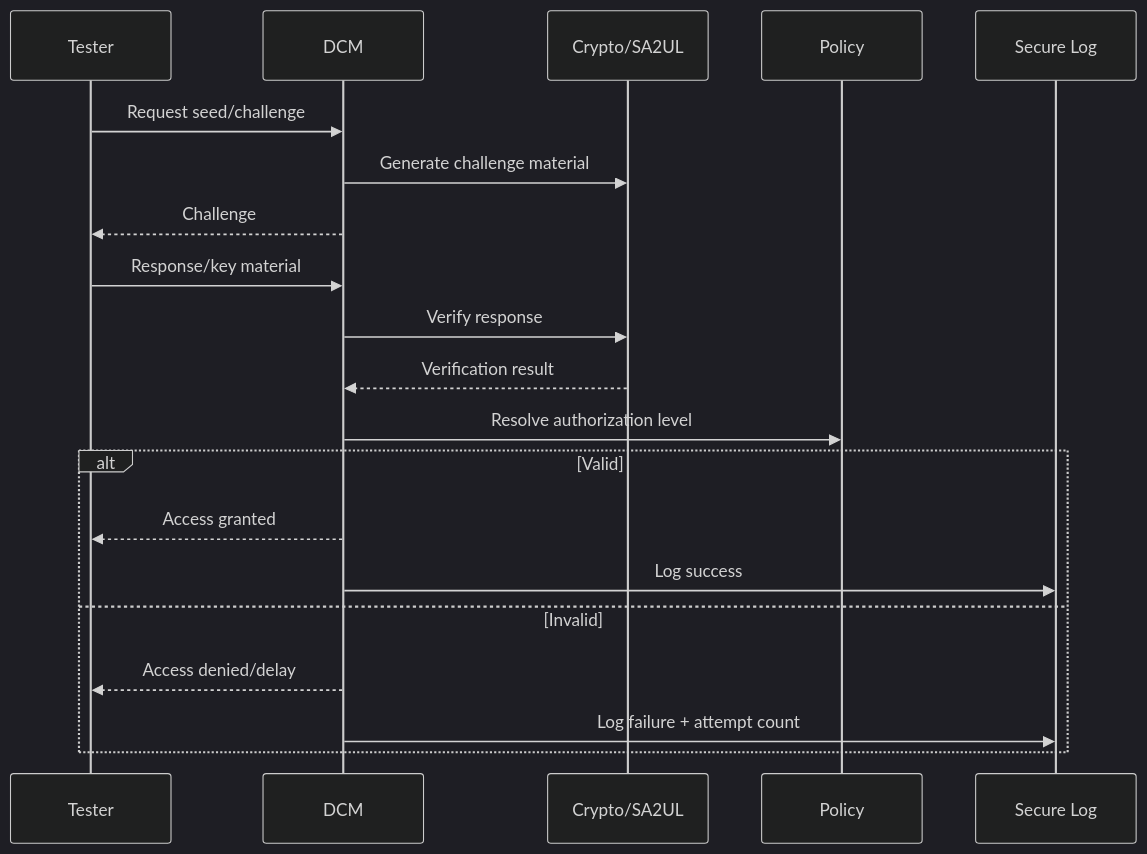
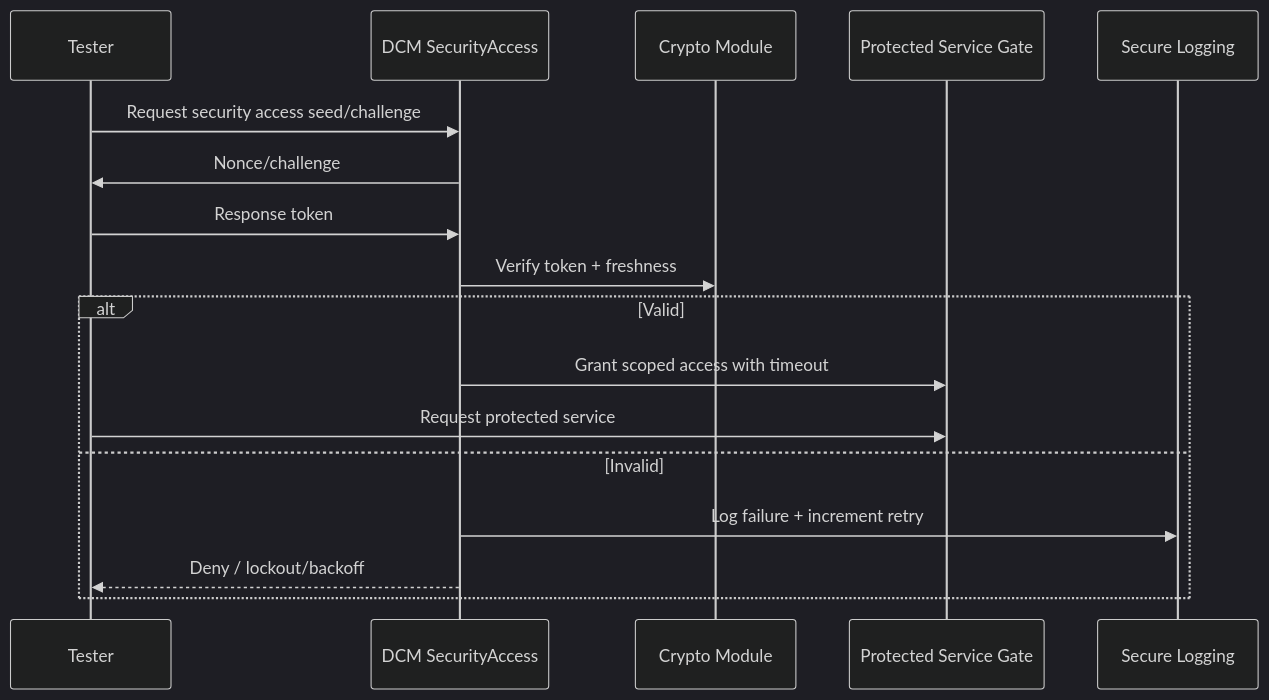
One commit to vinodneelakantam/Sec_Concepts_Req_tracability changed the third of 3 diagrams in TDA4VM_SecureAccess_Requirements.md. Above: the diagram before and after it, drawn with Mermaid (dark theme). The commit also changed other lines of this file and 7 other files, not shown here.

````diff
--- a/TDA4VM_SecureAccess_Requirements.md
+++ b/TDA4VM_SecureAccess_Requirements.md
@@ -85,23 +75,20 @@
 ```mermaid
 sequenceDiagram
   participant T as Tester
-  participant D as DCM
-  participant C as Crypto/SA2UL
-  participant P as Policy
-  participant L as Secure Log
+  participant D as DCM SecurityAccess
+  participant C as Crypto Module
+  participant G as Protected Service Gate
+  participant L as Secure Logging
 
-  T->>D: Request seed/challenge
-  D->>C: Generate challenge material
-  D-->>T: Challenge
-  T->>D: Response/key material
-  D->>C: Verify response
-  C-->>D: Verification result
-  D->>P: Resolve authorization level
+  T->>D: Request security access seed/challenge
+  D->>T: Nonce/challenge
+  T->>D: Response token
+  D->>C: Verify token + freshness
   alt Valid
-    D-->>T: Access granted
-    D->>L: Log success
+    D->>G: Grant scoped access with timeout
+    T->>G: Request protected service
   else Invalid
-    D-->>T: Access denied/delay
-    D->>L: Log failure + attempt count
+    D->>L: Log failure + increment retry
+    D-->>T: Deny / lockout/backoff
   end
 ```
````
